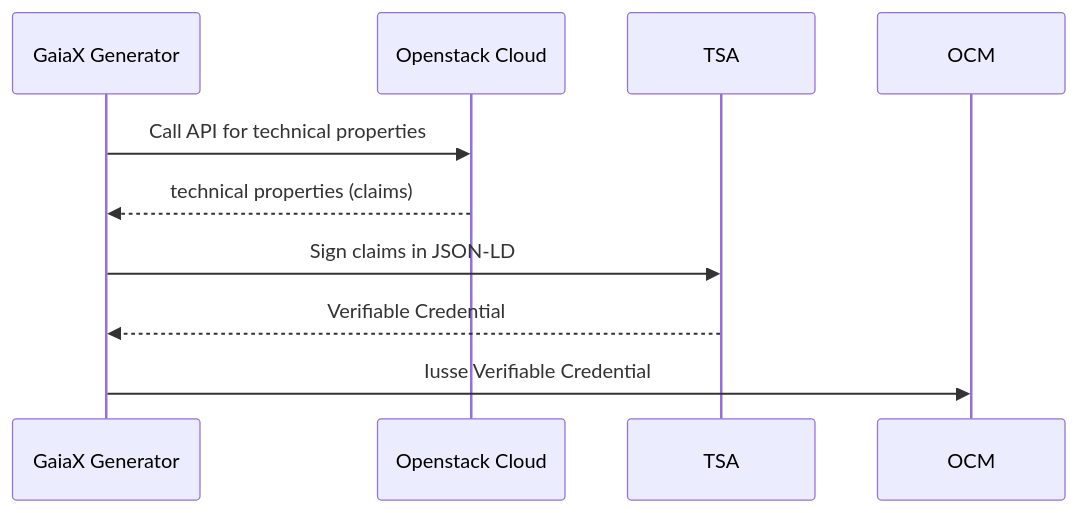
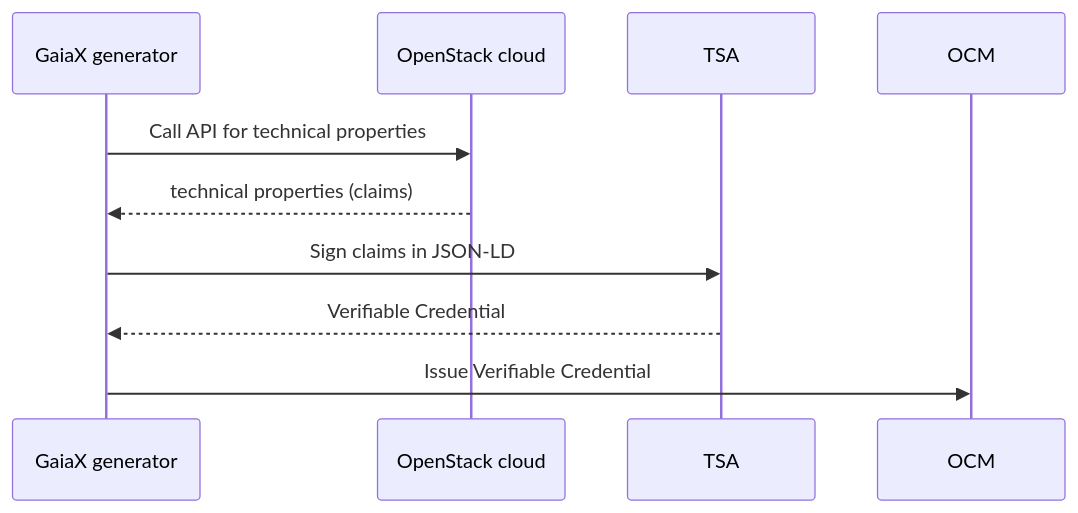
The diagram in doc/xfcs.md (SovereignCloudStack/gx-credential-generator), drawn with Mermaid before and after one commit. The commit also changed other lines of this file, not shown here.

Commit message:
Fixed typos, added a few articles here and there

````diff
--- a/doc/xfcs.md
+++ b/doc/xfcs.md
@@ -20,13 +20,13 @@
 ```mermaid
 sequenceDiagram
-    participant GaiaX Generator
-    participant Openstack Cloud
+    participant GaiaX generator
+    participant OpenStack cloud
     participant TSA
     participant OCM
     
-    GaiaX Generator->>Openstack Cloud: Call API for technical properties
-    Openstack Cloud-->>GaiaX Generator: technical properties (claims)
-    GaiaX Generator->>TSA: Sign claims in JSON-LD
-    TSA-->>GaiaX Generator: Verifiable Credential
-    GaiaX Generator->>OCM: Iusse Verifiable Credential
+    GaiaX generator->>OpenStack cloud: Call API for technical properties
+    OpenStack cloud-->>GaiaX generator: technical properties (claims)
+    GaiaX generator->>TSA: Sign claims in JSON-LD
+    TSA-->>GaiaX generator: Verifiable Credential
+    GaiaX generator->>OCM: Issue Verifiable Credential
 ```
````
